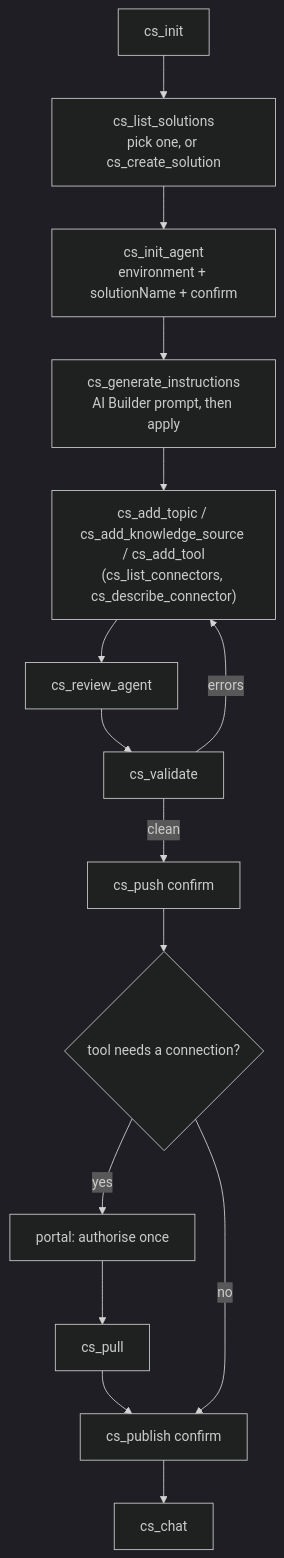
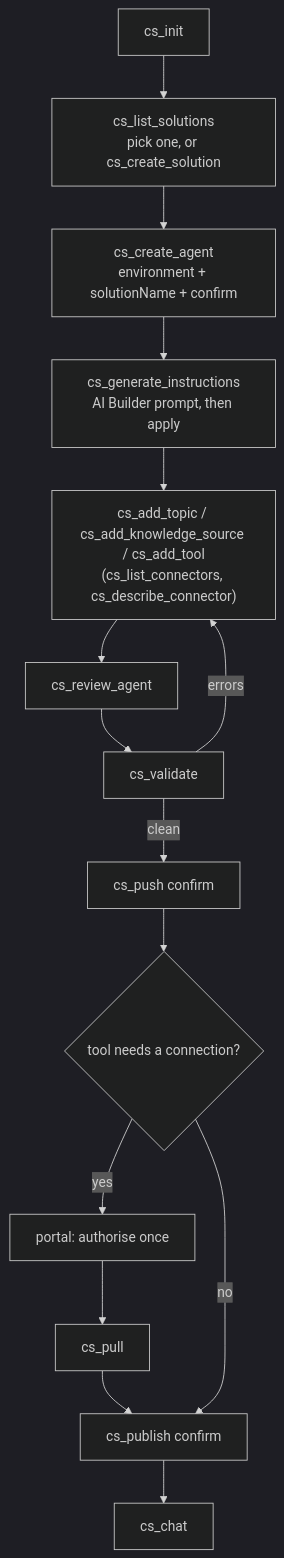
The second of 3 diagrams in README.md (jgt87/copilot-studio-mcp), drawn with Mermaid (dark theme) before and after one commit. The commit also changed other lines of this file and 9 other files, not shown here.

First line of the commit message:
Rename cs_init_agent to cs_create_agent

````diff
--- a/README.md
+++ b/README.md
@@ -455,15 +455,15 @@
 ```mermaid
 flowchart TD
     A["cs_init"] --> B["cs_list_solutions<br/>pick one, or cs_create_solution"]
-    B --> C["cs_init_agent<br/>environment + solutionName + confirm"]
+    B --> C["cs_create_agent<br/>environment + solutionName + confirm"]
     C --> D["cs_generate_instructions<br/>AI Builder prompt, then apply"]
     D --> E["cs_add_topic / cs_add_knowledge_source / cs_add_tool<br/>(cs_list_connectors, cs_describe_connector)"]
     E --> R["cs_review_agent"]
     R --> H["cs_validate"]
     H -- errors --> E
     H -- clean --> I["cs_push confirm"]
     I --> J{"tool needs a connection?"}
     J -- yes --> J1["portal: authorise once"] --> J2["cs_pull"] --> K
     J -- no --> K["cs_publish confirm"]
     K --> L["cs_chat"]
 ```
````
